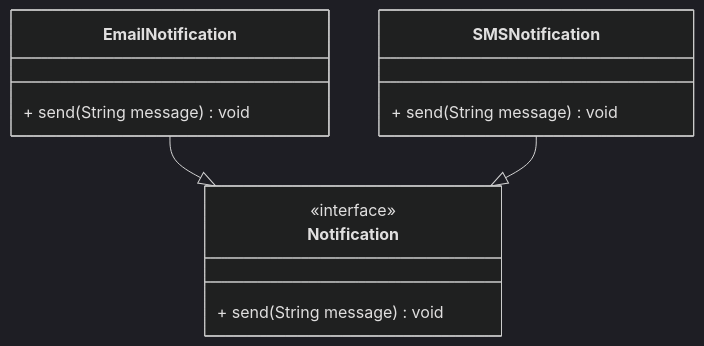
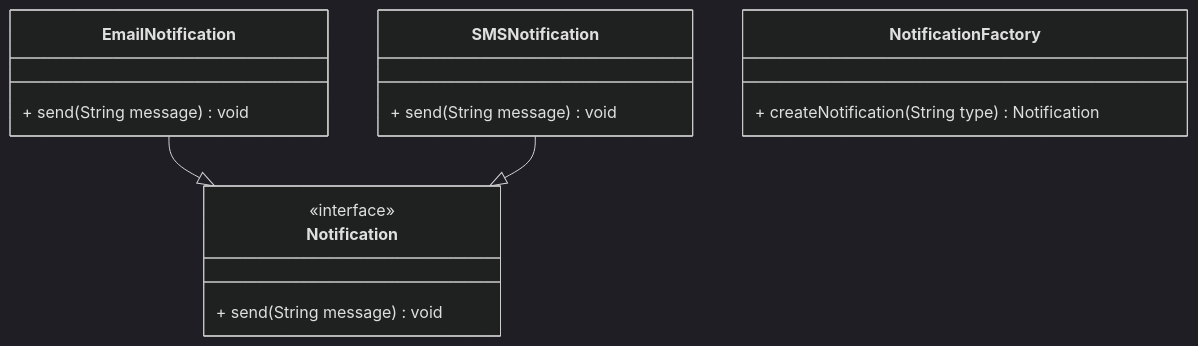
One commit to xqudee/internship-entry-assessment changed the first of 4 diagrams in programming-test.md. Above: the diagram before and after it, drawn with Mermaid (dark theme). The commit also changed other lines of this file, not shown here.

````diff
--- a/programming-test.md
+++ b/programming-test.md
@@ -100,19 +100,23 @@
 ```mermaid
 classDiagram
 
 class Notification {
     <<interface>>
 	+ send(String message) void
 }
 
 class EmailNotification {
 	+ send(String message) void
 }
 
 class SMSNotification {
 	+ send(String message) void
 }
 
+class NotificationFactory {
+    + createNotification(String type) Notification
+}
+
 EmailNotification --|> Notification
 SMSNotification --|> Notification
 ```
````
